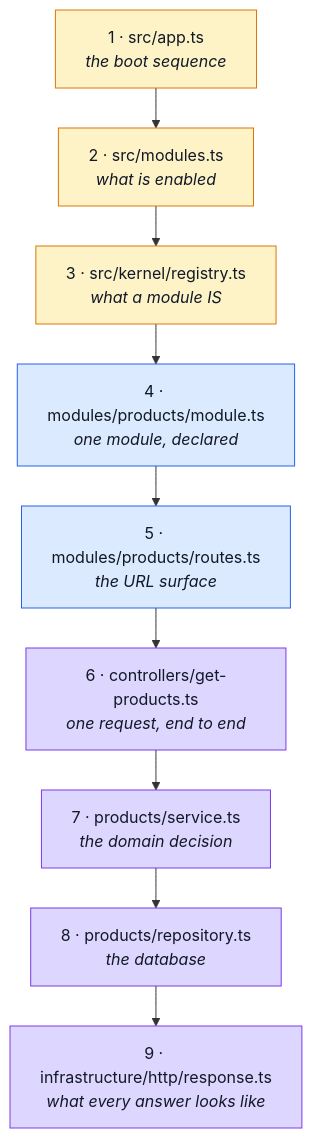
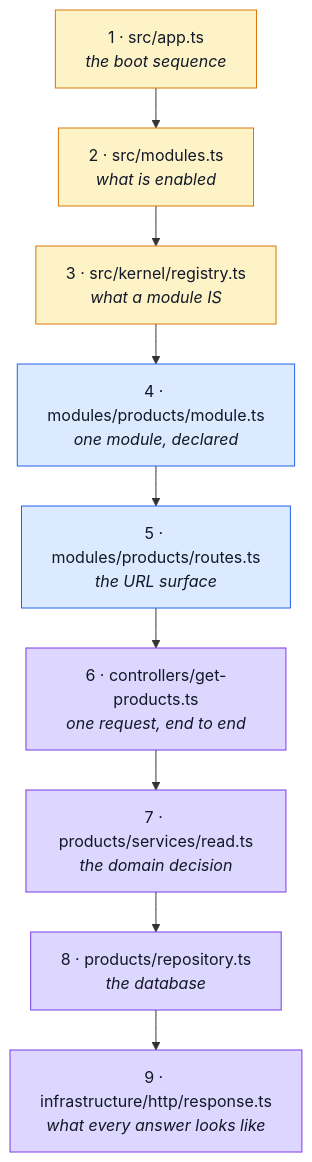
Before and after one commit to Guebbit/boilerplate-node-backend: the diagram in docs/theory/reading-path.md, drawn with Mermaid. The commit also changed other lines of this file and 33 other files, not shown here.

First line of the commit message:
refactor(products): split the 852-line service into a services/ folder by responsibility

````diff
--- a/docs/theory/reading-path.md
+++ b/docs/theory/reading-path.md
@@ -26,19 +26,19 @@
 ```mermaid
 %%{init: {'flowchart': {'nodeSpacing': 30, 'rankSpacing': 40}}}%%
 flowchart TD
     A["1 · src/app.ts<br/><i>the boot sequence</i>"] --> B["2 · src/modules.ts<br/><i>what is enabled</i>"]
     B --> C["3 · src/kernel/registry.ts<br/><i>what a module IS</i>"]
     C --> D["4 · modules/products/module.ts<br/><i>one module, declared</i>"]
     D --> E["5 · modules/products/routes.ts<br/><i>the URL surface</i>"]
     E --> F["6 · controllers/get-products.ts<br/><i>one request, end to end</i>"]
-    F --> G["7 · products/service.ts<br/><i>the domain decision</i>"]
+    F --> G["7 · products/services/read.ts<br/><i>the domain decision</i>"]
     G --> H["8 · products/repository.ts<br/><i>the database</i>"]
     H --> I["9 · infrastructure/http/response.ts<br/><i>what every answer looks like</i>"]
 
     classDef boot fill:#fef3c7,stroke:#d97706,color:#111827;
     classDef mod fill:#dbeafe,stroke:#2563eb,color:#111827;
     classDef req fill:#ddd6fe,stroke:#7c3aed,color:#111827;
     class A,B,C boot;
     class D,E mod;
     class F,G,H,I req;
 ```
````
